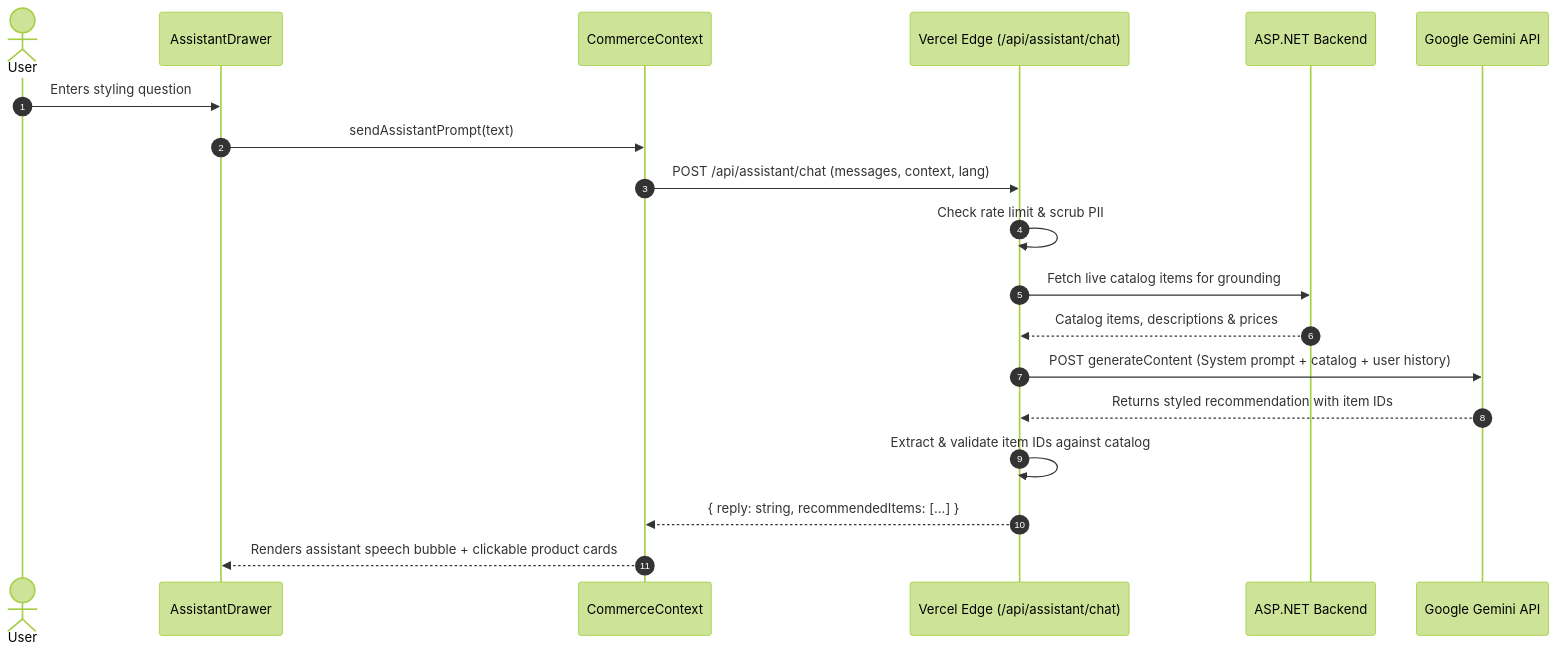
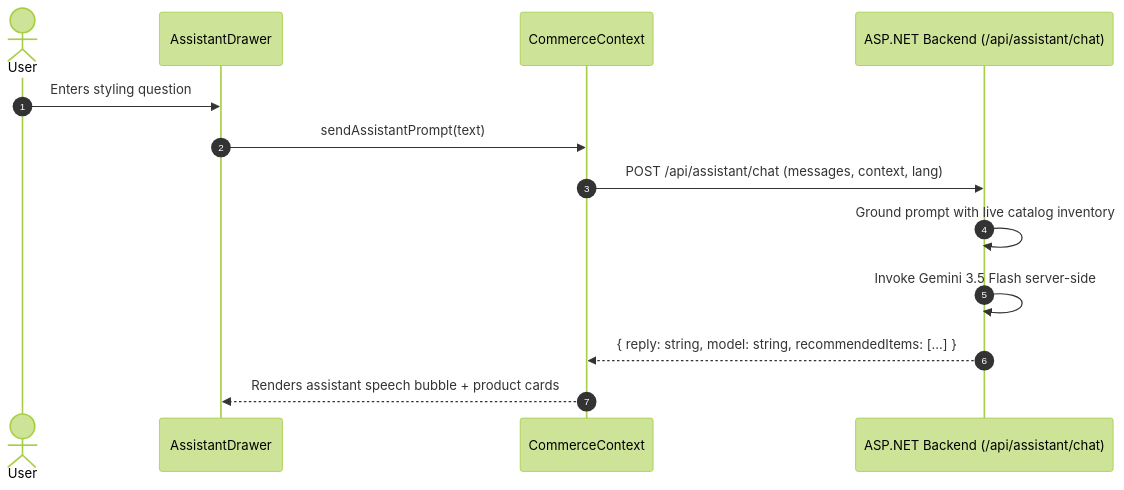
The fourth of 11 diagrams in README.md (gamalwessam21/TryOnStudio), drawn with Mermaid (forest theme) before and after one commit. The commit also changed other lines of this file, not shown here.

Commit message:
docs: align README with authoritative backend Swagger specification

````diff
--- a/README.md
+++ b/README.md
@@ -326,22 +339,16 @@
 ```mermaid
 sequenceDiagram
     autonumber
     actor User
     participant Drawer as AssistantDrawer
     participant CommCtx as CommerceContext
-    participant Edge as Vercel Edge (/api/assistant/chat)
-    participant Backend as ASP.NET Backend
-    participant Gemini as Google Gemini API
+    participant Backend as ASP.NET Backend (/api/assistant/chat)
 
     User->>Drawer: Enters styling question
     Drawer->>CommCtx: sendAssistantPrompt(text)
-    CommCtx->>Edge: POST /api/assistant/chat (messages, context, lang)
-    Edge->>Edge: Check rate limit & scrub PII
-    Edge->>Backend: Fetch live catalog items for grounding
-    Backend-->>Edge: Catalog items, descriptions & prices
-    Edge->>Gemini: POST generateContent (System prompt + catalog + user history)
-    Gemini-->>Edge: Returns styled recommendation with item IDs
-    Edge->>Edge: Extract & validate item IDs against catalog
-    Edge-->>CommCtx: { reply: string, recommendedItems: [...] }
-    CommCtx-->>Drawer: Renders assistant speech bubble + clickable product cards
+    CommCtx->>Backend: POST /api/assistant/chat (messages, context, lang)
+    Backend->>Backend: Ground prompt with live catalog inventory
+    Backend->>Backend: Invoke Gemini 3.5 Flash server-side
+    Backend-->>CommCtx: { reply: string, model: string, recommendedItems: [...] }
+    CommCtx-->>Drawer: Renders assistant speech bubble + product cards
 ```
````
